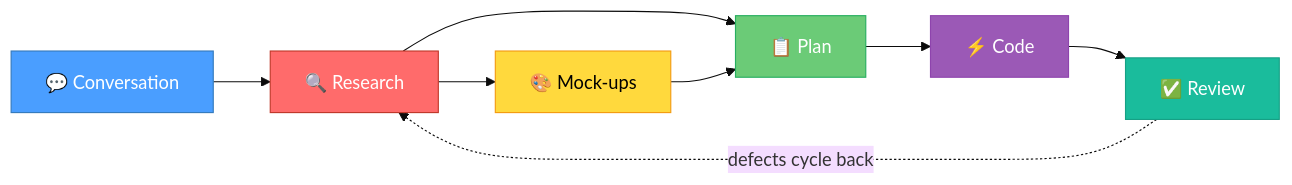
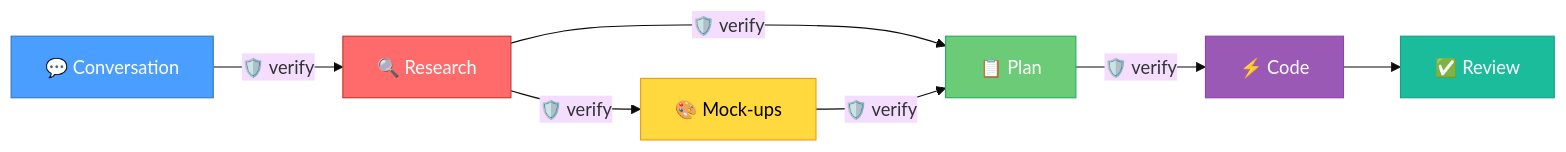
The first of 6 diagrams in README.md (AntoineDubuc/serious-sidekick), drawn with Mermaid (base theme) before and after one commit. The commit also changed other lines of this file, not shown here.

First line of the commit message:
Fix pipeline diagram: verification happens at each handoff, not at the end

````diff
--- a/README.md
+++ b/README.md
@@ -30,17 +30,16 @@
 ```mermaid
 graph LR
-    A["💬 Conversation"] --> B["🔍 Research"]
-    B --> C["🎨 Mock-ups"]
-    B --> D["📋 Plan"]
-    C --> D
-    D --> E["⚡ Code"]
+    A["💬 Conversation"] -->|"🛡️ verify"| B["🔍 Research"]
+    B -->|"🛡️ verify"| C["🎨 Mock-ups"]
+    B -->|"🛡️ verify"| D["📋 Plan"]
+    C -->|"🛡️ verify"| D
+    D -->|"🛡️ verify"| E["⚡ Code"]
     E --> F["✅ Review"]
-    F -.->|"defects cycle back"| B
 
     style A fill:#4a9eff,stroke:#357abd,color:#fff
     style B fill:#ff6b6b,stroke:#c0392b,color:#fff
     style C fill:#ffd93d,stroke:#f39c12,color:#000
     style D fill:#6bcb77,stroke:#27ae60,color:#fff
     style E fill:#9b59b6,stroke:#8e44ad,color:#fff
     style F fill:#1abc9c,stroke:#16a085,color:#fff
 ```
````
